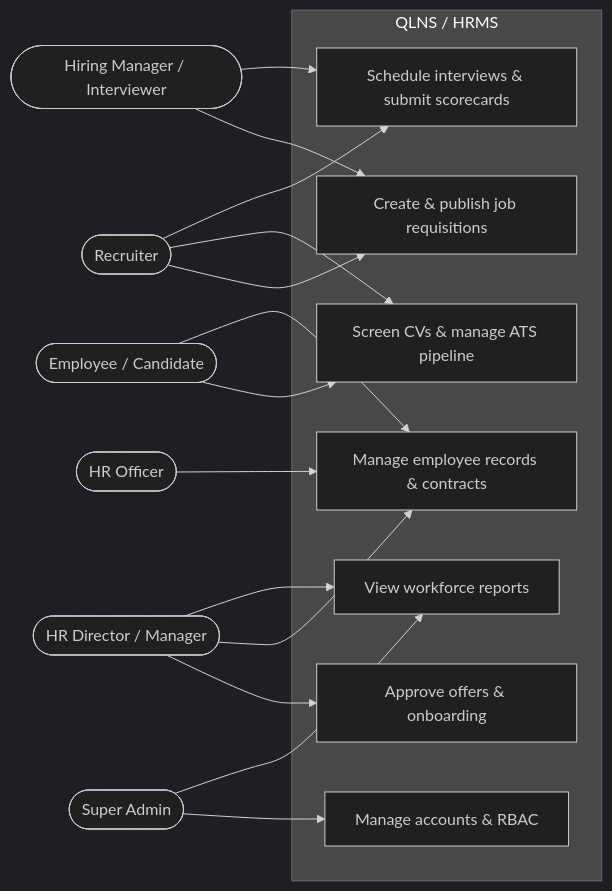
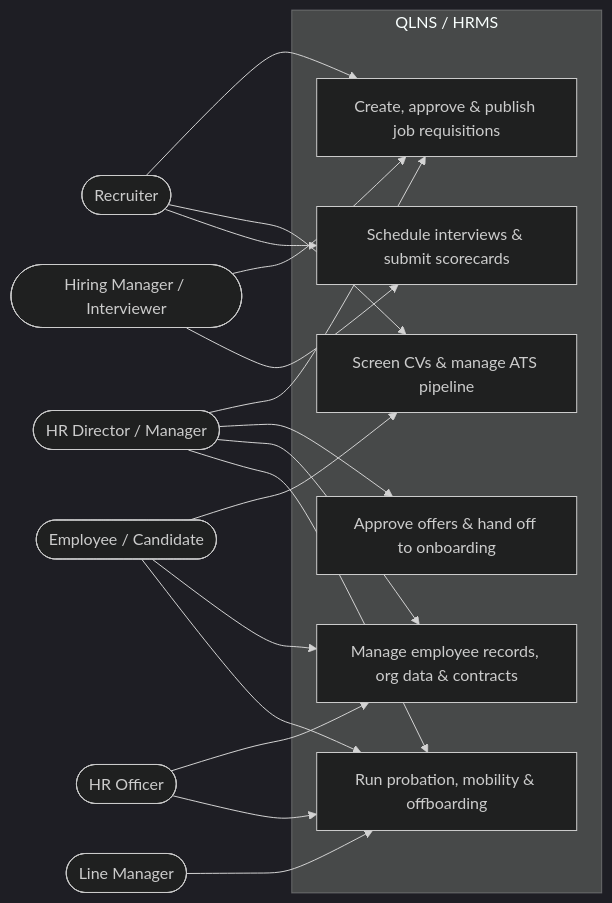
One commit to nvdat16/QLNS changed the first of 5 diagrams in docs/use_cases.md. Above: the diagram before and after it, drawn with Mermaid (dark theme). The commit also changed other lines of this file and 15 other files, not shown here.

````diff
--- a/docs/use_cases.md
+++ b/docs/use_cases.md
@@ -18,33 +18,34 @@
 ```mermaid
 flowchart LR
-    Admin([Super Admin])
     HRMgr([HR Director / Manager])
     Recruiter([Recruiter])
     Interviewer([Hiring Manager / Interviewer])
     HROfficer([HR Officer])
+    LineMgr([Line Manager])
     User([Employee / Candidate])
 
     subgraph HRMS["QLNS / HRMS"]
-        Jobs[Create & publish job requisitions]
+        Jobs[Create, approve & publish job requisitions]
         ATS[Screen CVs & manage ATS pipeline]
         Interviews[Schedule interviews & submit scorecards]
-        Offers[Approve offers & onboarding]
-        Records[Manage employee records & contracts]
-        Reports[View workforce reports]
-        Access[Manage accounts & RBAC]
+        Offers[Approve offers & hand off to onboarding]
+        Records[Manage employee records, org data & contracts]
+        Lifecycle[Run probation, mobility & offboarding]
     end
 
     Recruiter --> Jobs
     Recruiter --> ATS
     Recruiter --> Interviews
     Interviewer --> Jobs
     Interviewer --> Interviews
+    HRMgr --> Jobs
     HRMgr --> Offers
     HRMgr --> Records
-    HRMgr --> Reports
+    HRMgr --> Lifecycle
     HROfficer --> Records
+    HROfficer --> Lifecycle
+    LineMgr --> Lifecycle
     User --> ATS
     User --> Records
-    Admin --> Access
-    Admin --> Reports
+    User --> Lifecycle
 ```
````
